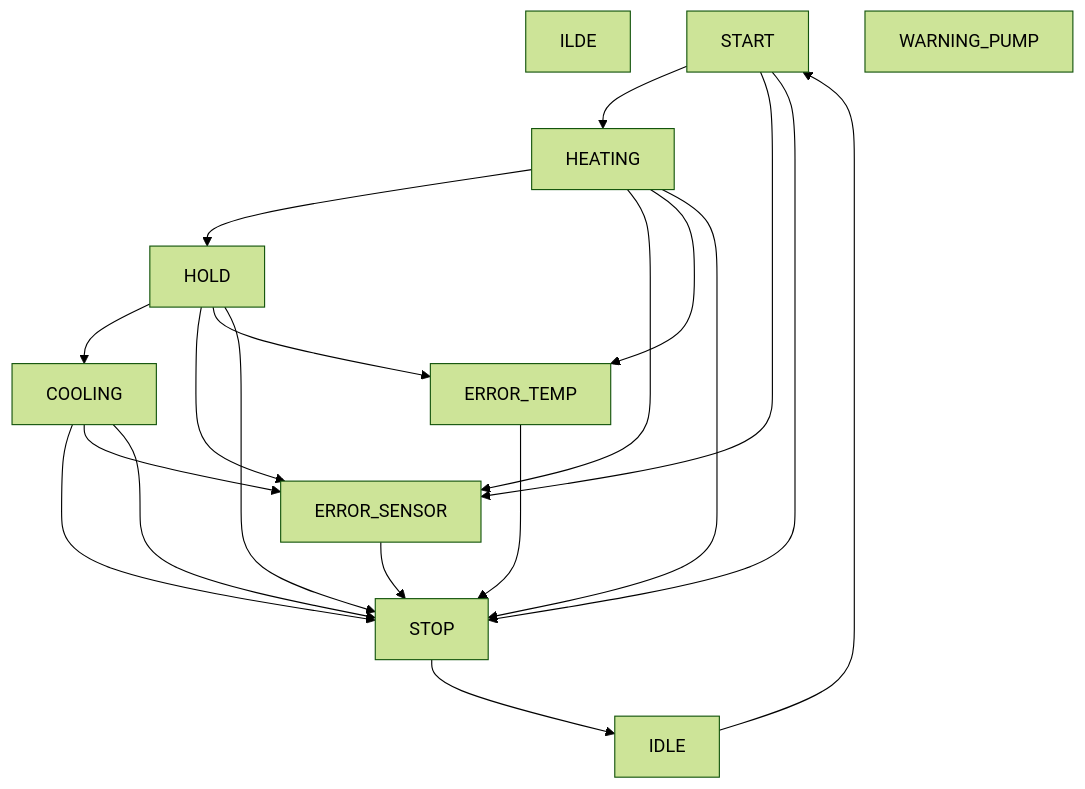
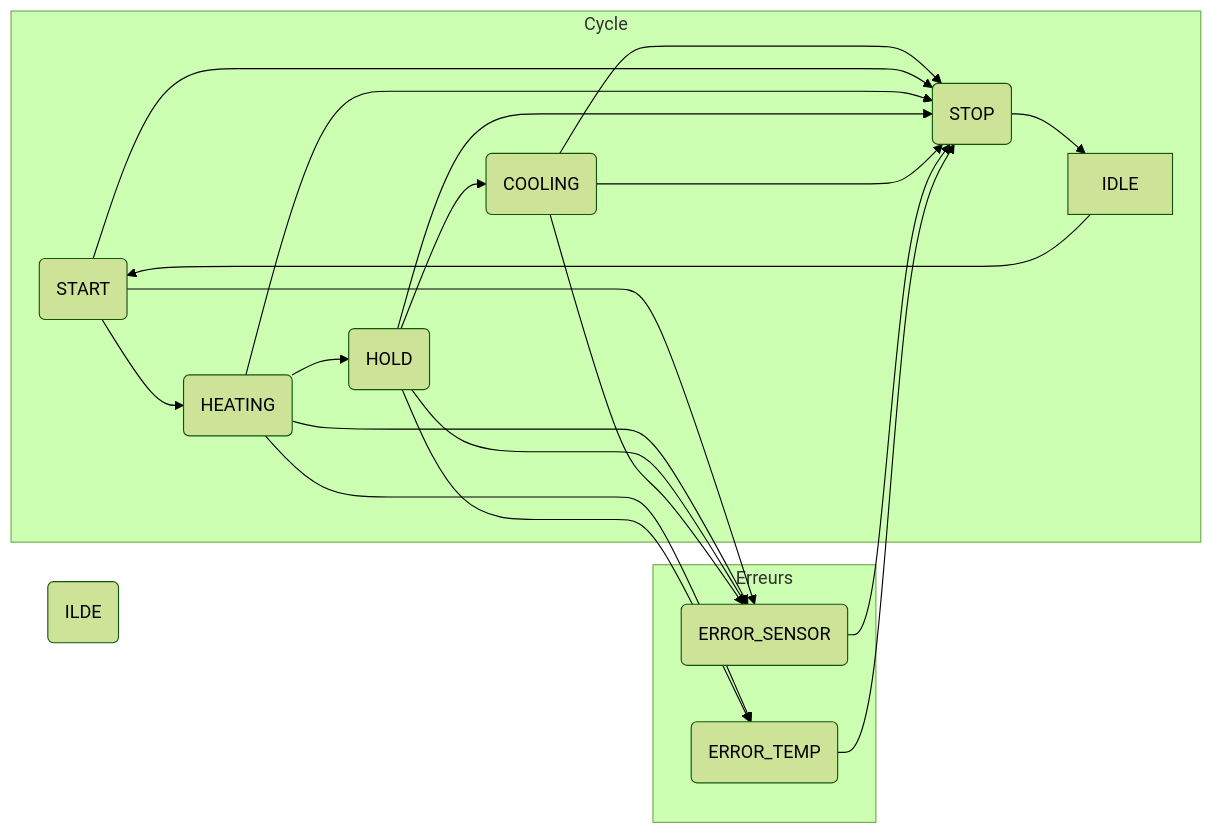
The second of 2 diagrams in README.md (Mathieu-GRSSN/etuve-HALCYON), drawn with Mermaid (forest theme) before and after one commit.

Commit message:
Amélioration README

````diff
--- a/README.md
+++ b/README.md
@@ -180,38 +180,46 @@
 ```mermaid
-flowchart TD
+flowchart LR
 
     classDef folder fill:#FFF9C4,stroke:#BDB76B,stroke-width:2px;
     classDef file fill:#F5F5F5,stroke:#616161,stroke-width:1px;
 
-    ILDE
-    START
-    HEATING
-    HOLD
-    COOLING
-    STOP
-    ERROR_TEMP
-    WARNING_PUMP
-    ERROR_SENSOR
+    ILDE@{ shape: rounded}
+    START@{ shape: rounded}
+    HEATING@{ shape: rounded}
+    HOLD@{ shape: rounded}
+    COOLING@{ shape: rounded}
+    STOP@{ shape: rounded}
+    ERROR_TEMP@{ shape: rounded}
+    ERROR_SENSOR@{ shape: rounded}
 
-    IDLE --> START
-    START --> HEATING
-    HEATING --> HOLD
-    HOLD --> COOLING
-    COOLING --> STOP
-    STOP --> IDLE
+    subgraph Cycle
+        IDLE --> START
+        START --> HEATING
+        HEATING --> HOLD
+        HOLD --> COOLING
+        COOLING --> STOP
+        STOP --> IDLE
 
-    START --> ERROR_SENSOR
-    HEATING --> ERROR_SENSOR
-    HOLD --> ERROR_SENSOR
-    COOLING --> ERROR_SENSOR
+        START --> STOP
+        HEATING --> STOP
+        HOLD --> STOP
+        COOLING --> STOP
+    end
 
-    HEATING --> ERROR_TEMP
-    HOLD --> ERROR_TEMP
+    subgraph Erreurs
+        START --> ERROR_SENSOR
+        HEATING --> ERROR_SENSOR
+        HOLD --> ERROR_SENSOR
+        COOLING --> ERROR_SENSOR
 
-    START --> STOP
-    HEATING --> STOP
-    HOLD --> STOP
-    COOLING --> STOP
-    ERROR_SENSOR --> STOP
-    ERROR_TEMP --> STOP
+        HEATING --> ERROR_TEMP
+        HOLD --> ERROR_TEMP
+
+        ERROR_SENSOR --> STOP
+        ERROR_TEMP --> STOP
+    
+    end
+
+
+
 ```
````
